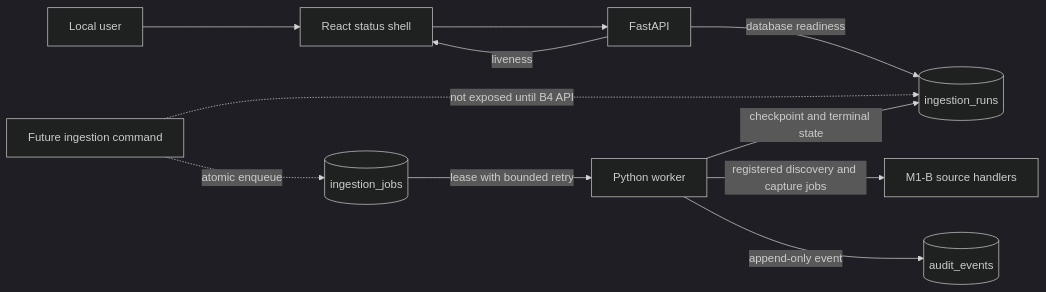
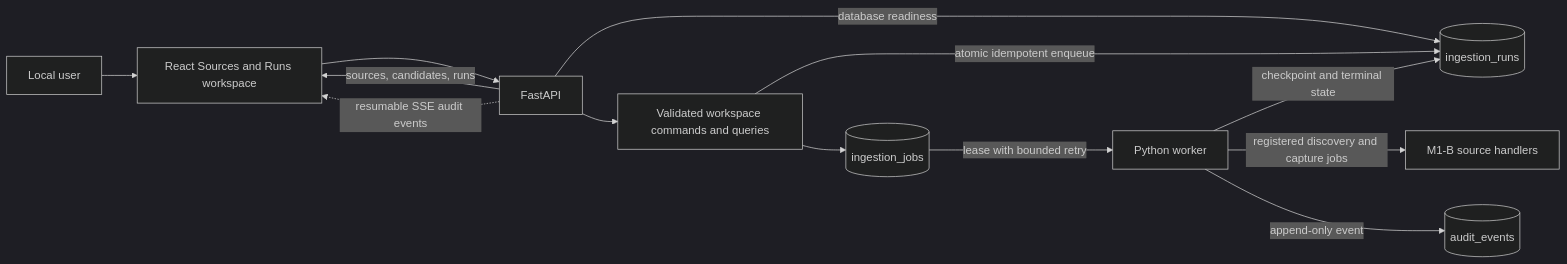
One commit to Wenqi77Zhang/GameCrafter-Agent changed the second of 9 diagrams in docs/architecture/system-architecture.md. Above: the diagram before and after it, drawn with Mermaid (dark theme). The commit also changed other lines of this file and 15 other files, not shown here.

````diff
--- a/docs/architecture/system-architecture.md
+++ b/docs/architecture/system-architecture.md
@@ -32,22 +32,24 @@
 ```mermaid
 flowchart LR
     USER["Local user"]
-    WEB["React status shell"]
+    WEB["React Sources and Runs workspace"]
     API["FastAPI"]
-    COMMAND["Future ingestion command"]
+    COMMAND["Validated workspace commands and queries"]
     RUNS[("ingestion_runs")]
     JOBS[("ingestion_jobs")]
     AUDIT[("audit_events")]
     WORKER["Python worker"]
     HANDLER["M1-B source handlers"]
 
     USER --> WEB --> API
-    API -->|"liveness"| WEB
+    API -->|"sources, candidates, runs"| WEB
+    API -. "resumable SSE audit events" .-> WEB
     API -->|"database readiness"| RUNS
-    COMMAND -. "not exposed until B4 API" .-> RUNS
-    COMMAND -. "atomic enqueue" .-> JOBS
+    API --> COMMAND
+    COMMAND -->|"atomic idempotent enqueue"| RUNS
+    COMMAND --> JOBS
     JOBS -->|"lease with bounded retry"| WORKER
     WORKER -->|"registered discovery and capture jobs"| HANDLER
     WORKER -->|"checkpoint and terminal state"| RUNS
     WORKER -->|"append-only event"| AUDIT
 ```
````
